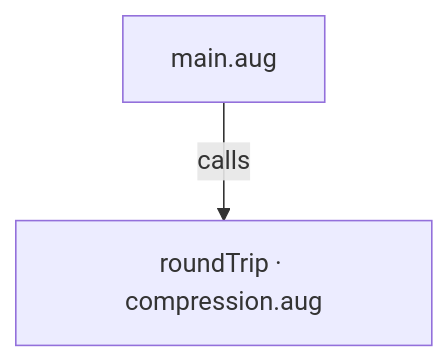
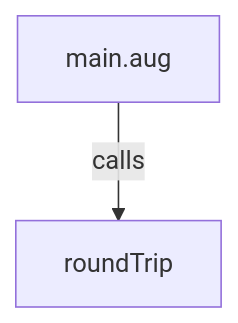
Before and after one commit to GreenPandaStudios/augscript: the first of 2 diagrams in docs/examples/native-zlib/main-diagrams.md, drawn with Mermaid. The commit also changed other lines of this file and 524 other files, not shown here.

Commit message:
Explain checked data flow at folder and service levels

````diff
--- a/docs/examples/native-zlib/main-diagrams.md
+++ b/docs/examples/native-zlib/main-diagrams.md
@@ -23,6 +20,6 @@
 ```mermaid
 flowchart TD
-    n0["roundTrip · compression.aug"]
+    n0["roundTrip"]
     n1["main.aug"]
     n1 -->|"calls"| n0
 ```
````
